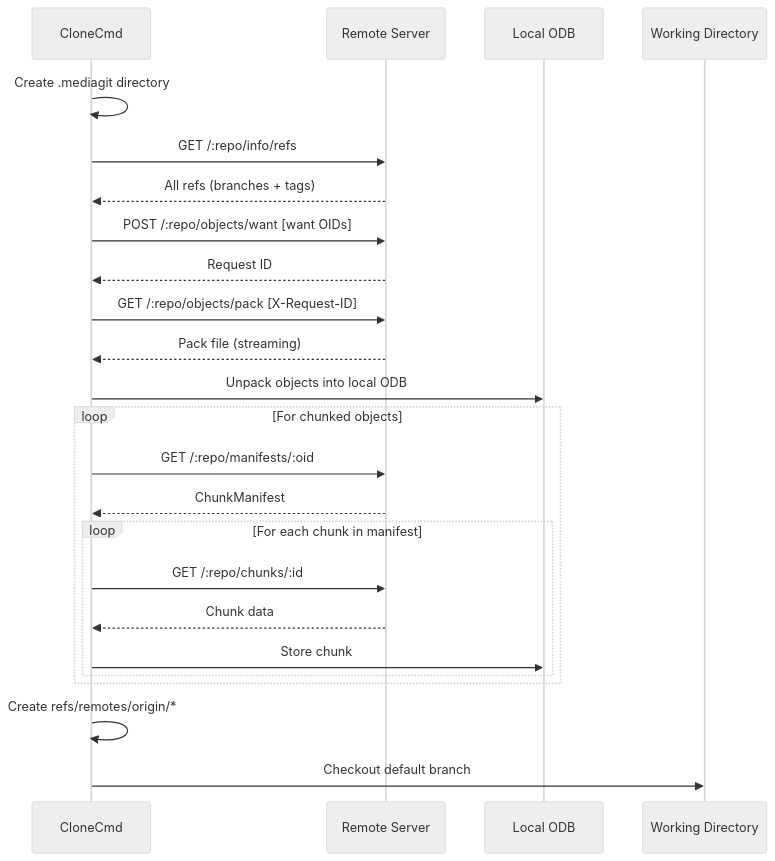
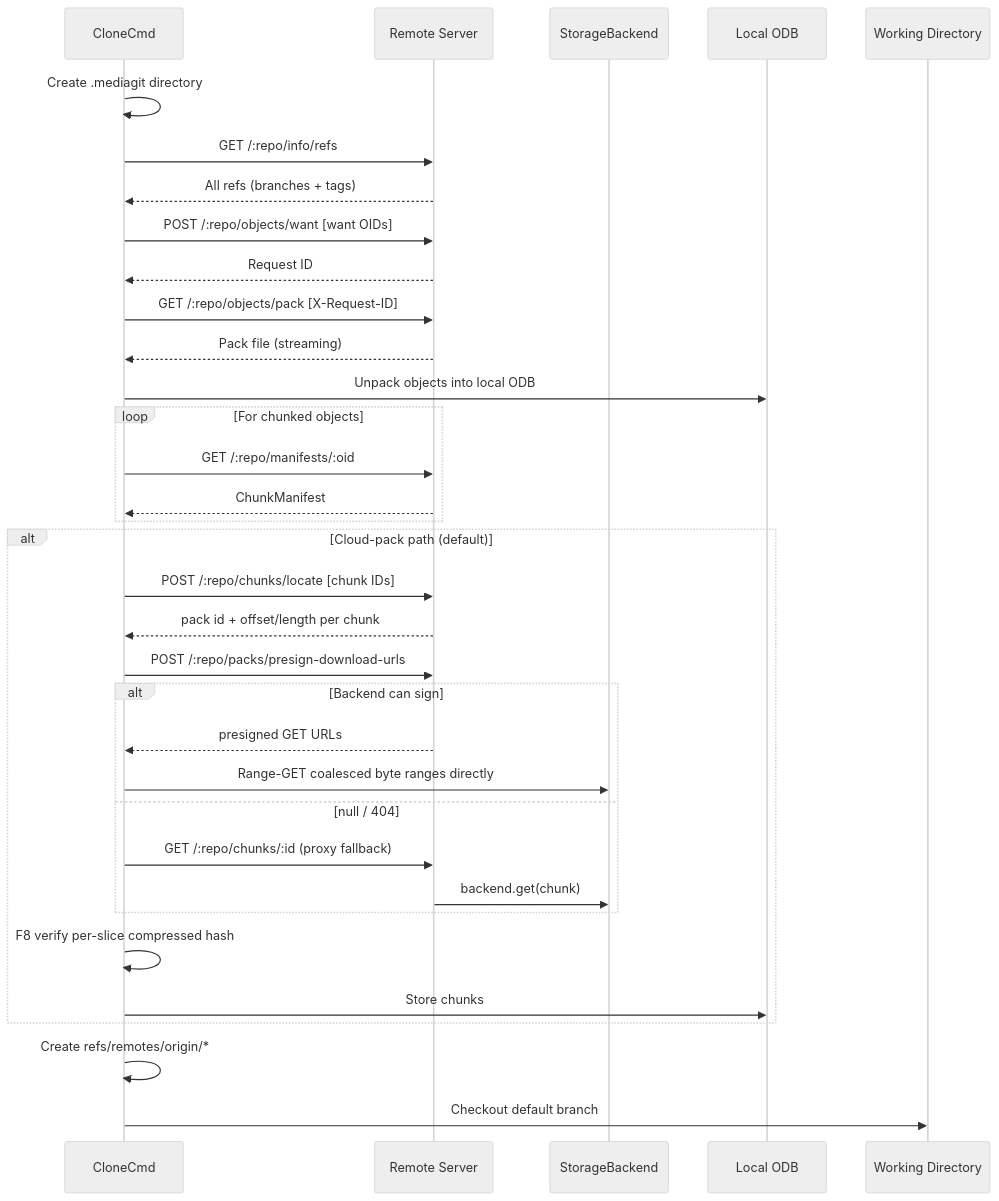
Diagram 13 of 14 in ARCHITECTURE.md (winnyboy5/mediagit-core), drawn with Mermaid (neutral theme) before and after one commit. The commit also changed other lines of this file and 50 other files, not shown here.

````diff
--- a/ARCHITECTURE.md
+++ b/ARCHITECTURE.md
@@ -814,33 +904,44 @@
 ```mermaid
 sequenceDiagram
     participant CLI as CloneCmd
     participant Server as Remote Server
+    participant BE as StorageBackend
     participant ODB as Local ODB
     participant FS as Working Directory
 
     CLI->>CLI: Create .mediagit directory
 
     CLI->>Server: GET /:repo/info/refs
     Server-->>CLI: All refs (branches + tags)
 
     CLI->>Server: POST /:repo/objects/want [want OIDs]
     Server-->>CLI: Request ID
 
     CLI->>Server: GET /:repo/objects/pack [X-Request-ID]
     Server-->>CLI: Pack file (streaming)
 
     CLI->>ODB: Unpack objects into local ODB
 
     loop For chunked objects
         CLI->>Server: GET /:repo/manifests/:oid
         Server-->>CLI: ChunkManifest
-        loop For each chunk in manifest
-            CLI->>Server: GET /:repo/chunks/:id
-            Server-->>CLI: Chunk data
-            CLI->>ODB: Store chunk
+    end
+
+    alt Cloud-pack path (default)
+        CLI->>Server: POST /:repo/chunks/locate [chunk IDs]
+        Server-->>CLI: pack id + offset/length per chunk
+        CLI->>Server: POST /:repo/packs/presign-download-urls
+        alt Backend can sign
+            Server-->>CLI: presigned GET URLs
+            CLI->>BE: Range-GET coalesced byte ranges directly
+        else null / 404
+            CLI->>Server: GET /:repo/chunks/:id (proxy fallback)
+            Server->>BE: backend.get(chunk)
         end
+        CLI->>CLI: F8 verify per-slice compressed hash
+        CLI->>ODB: Store chunks
     end
 
     CLI->>CLI: Create refs/remotes/origin/*
     CLI->>FS: Checkout default branch
 ```
````
